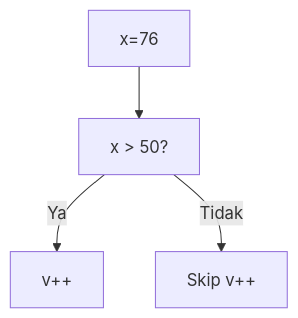
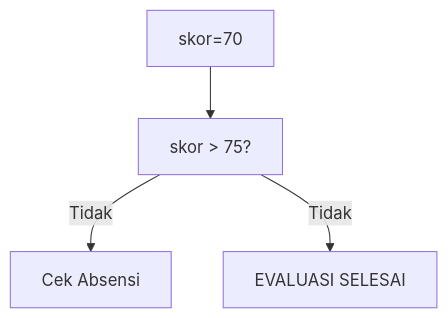
The second of 25 diagrams in part-c-pemahaman-cpp/02-percabangan/latihan/set-01.md (amnahwaida/OSNK_INF_PREP), drawn with Mermaid before and after one commit. The commit also changed other lines of this file and 71 other files, not shown here.

````diff
--- a/part-c-pemahaman-cpp/02-percabangan/latihan/set-01.md
+++ b/part-c-pemahaman-cpp/02-percabangan/latihan/set-01.md
@@ -49,6 +51,6 @@
 ```mermaid
 graph TD
-A["x=76"] --> B["x > 50?"]
-B -- Ya --> C["v++"]
-B -- Tidak --> D["Skip v++"]
+A["skor=70"] --> B["skor > 75?"]
+B -- Tidak --> C["Cek Absensi"]
+B -- Tidak --> D["EVALUASI SELESAI"]
 ```
````
